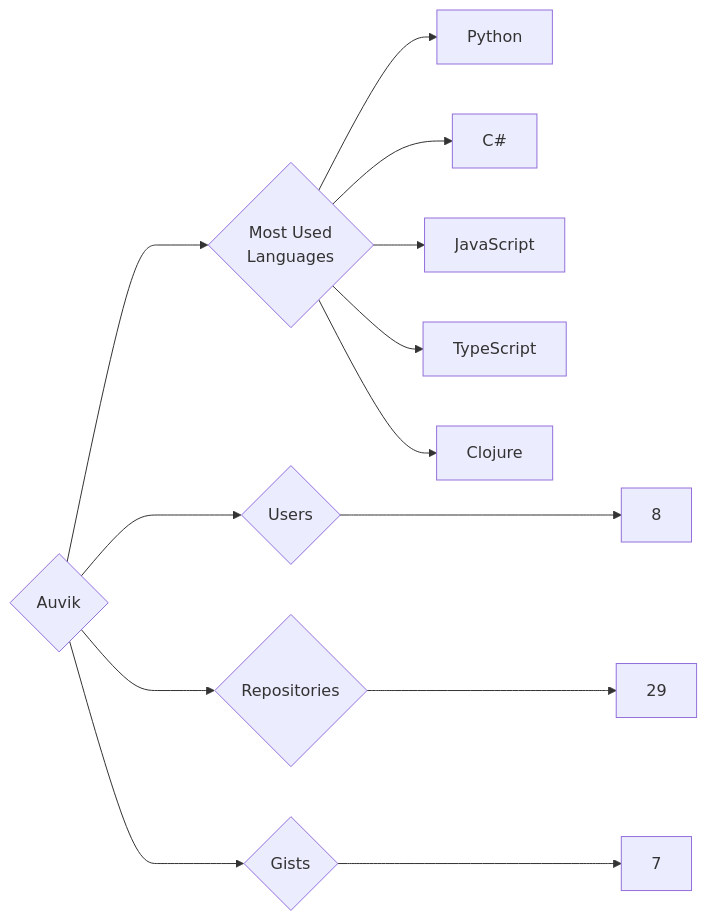
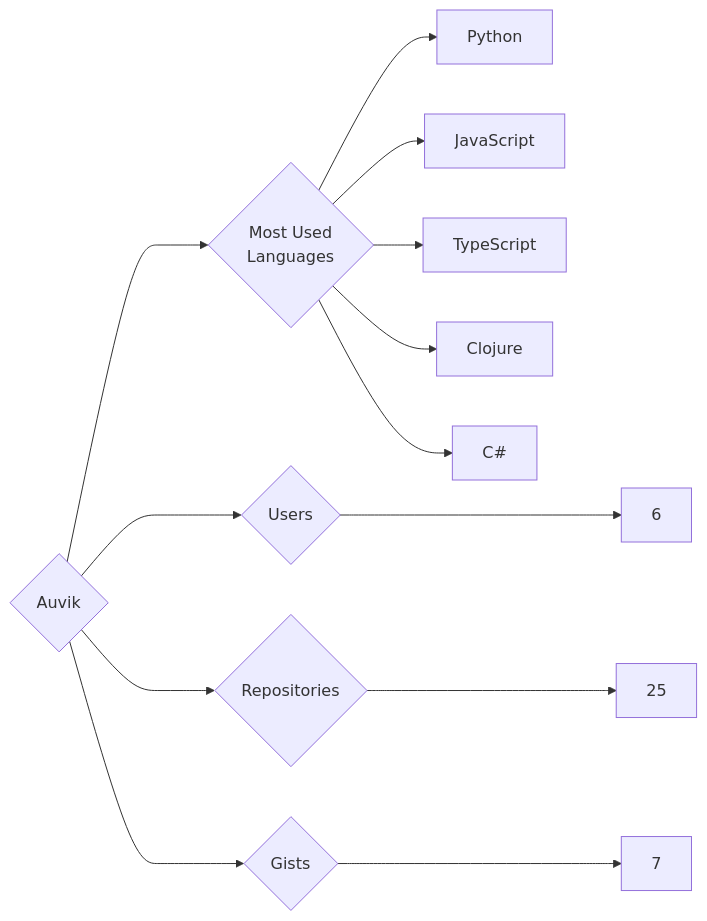
Before and after one commit to trickest/insiders: the diagram in targets/Auvik/README.md, drawn with Mermaid. The commit also changed 1036 other files, not shown here.

````diff
--- a/targets/Auvik/README.md
+++ b/targets/Auvik/README.md
@@ -3,13 +3,13 @@
 ```mermaid
 graph LR
 COMPANY_NAME{Auvik}
-COMPANY_NAME ---> U{Users} ---> UN[8]
-COMPANY_NAME ---> R{Repositories} ---> RN[29]
+COMPANY_NAME ---> U{Users} ---> UN[6]
+COMPANY_NAME ---> R{Repositories} ---> RN[25]
 COMPANY_NAME ---> G{Gists} ---> GN[7]
 COMPANY_NAME ---> ML{Most Used<br>Languages}
 ML --> Python[Python]
-ML --> C#[C#]
 ML --> JavaScript[JavaScript]
 ML --> TypeScript[TypeScript]
 ML --> Clojure[Clojure]
+ML --> C#[C#]
 ```
````
